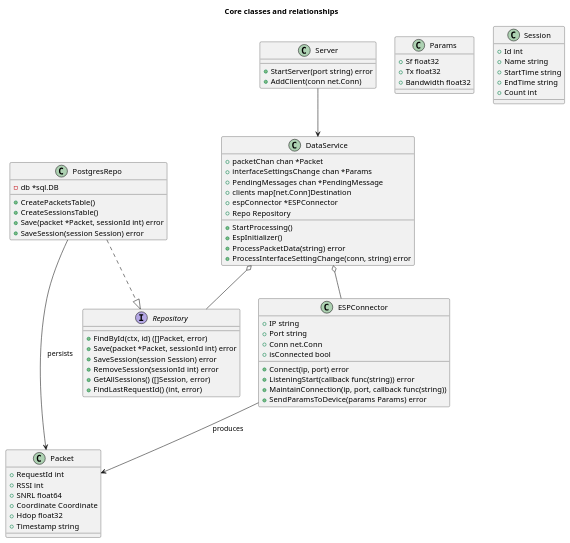
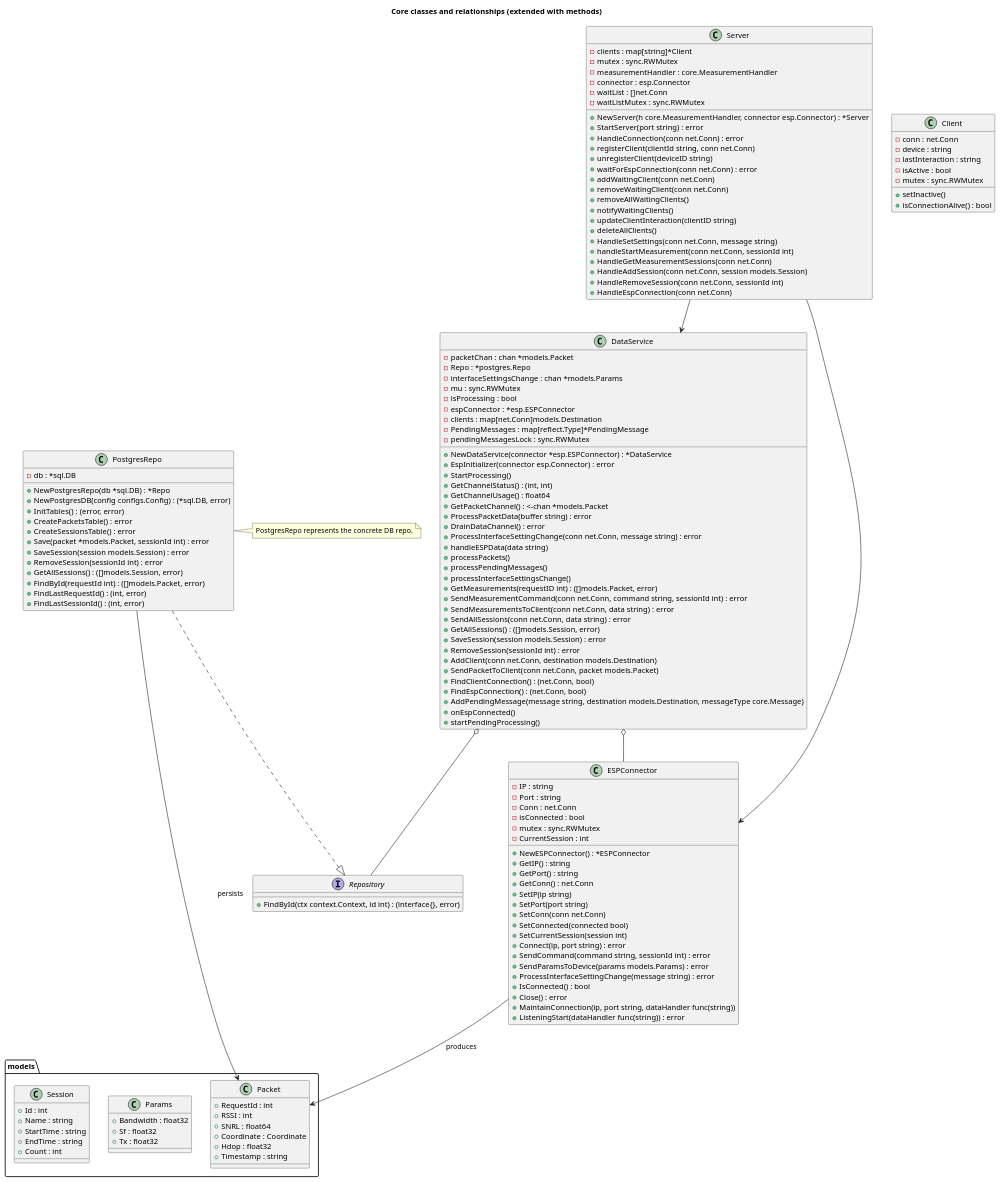
One commit to RedBlackHoodie/GsmLoraServer changed the diagram in doc/class.puml. Above: the diagram before and after it, drawn with PlantUML. The commit also changed 5 other files, not shown here.

```diff
--- a/doc/class.puml
+++ b/doc/class.puml
@@ -1,79 +1,168 @@
 @startuml
-title Core classes and relationships
+title Core classes and relationships (extended with methods)
+
+package models {
+  class Packet {
+    + RequestId : int
+    + RSSI : int
+    + SNRL : float64
+    + Coordinate : Coordinate
+    + Hdop : float32
+    + Timestamp : string
+  }
+
+  class Params {
+    + Bandwidth : float32
+    + Sf : float32
+    + Tx : float32
+  }
+
+  class Session {
+    + Id : int
+    + Name : string
+    + StartTime : string
+    + EndTime : string
+    + Count : int
+  }
+}
 
 class DataService {
-  + packetChan chan *Packet
-  + interfaceSettingsChange chan *Params
-  + PendingMessages chan *PendingMessage
-  + clients map[net.Conn]Destination
-  + espConnector *ESPConnector
-  + Repo Repository
+  - packetChan : chan *models.Packet
+  - Repo : *postgres.Repo
+  - interfaceSettingsChange : chan *models.Params
+  - mu : sync.RWMutex
+  - isProcessing : bool
+  - espConnector : *esp.ESPConnector
+  - clients : map[net.Conn]models.Destination
+  - PendingMessages : map[reflect.Type]*PendingMessage
+  - pendingMessagesLock : sync.RWMutex
+
+  + NewDataService(connector *esp.ESPConnector) : *DataService
+  + EspInitializer(connector esp.Connector) : error
   + StartProcessing()
-  + EspInitializer()
-  + ProcessPacketData(string) error
-  + ProcessInterfaceSettingChange(conn, string) error
+  + GetChannelStatus() : (int, int)
+  + GetChannelUsage() : float64
+  + GetPacketChannel() : <-chan *models.Packet
+  + ProcessPacketData(buffer string) : error
+  + DrainDataChannel() : error
+  + ProcessInterfaceSettingChange(conn net.Conn, message string) : error
+  + handleESPData(data string)
+  + processPackets()
+  + processPendingMessages()
+  + processInterfaceSettingsChange()
+  + GetMeasurements(requestID int) : ([]models.Packet, error)
+  + SendMeasurementCommand(conn net.Conn, command string, sessionId int) : error
+  + SendMeasurementsToClient(conn net.Conn, data string) : error
+  + SendAllSessions(conn net.Conn, data string) : error
+  + GetAllSessions() : ([]models.Session, error)
+  + SaveSession(session models.Session) : error
+  + RemoveSession(sessionId int) : error
+  + AddClient(conn net.Conn, destination models.Destination)
+  + SendPacketToClient(conn net.Conn, packet models.Packet)
+  + FindClientConnection() : (net.Conn, bool)
+  + FindEspConnection() : (net.Conn, bool)
+  + AddPendingMessage(message string, destination models.Destination, messageType core.Message)
+  + onEspConnected()
+  + startPendingProcessing()
 }
 
 class ESPConnector {
-  + IP string
-  + Port string
-  + Conn net.Conn
-  + isConnected bool
-  + Connect(ip, port) error
-  + ListeningStart(callback func(string)) error
-  + MaintainConnection(ip, port, callback func(string))
-  + SendParamsToDevice(params Params) error
+  - IP : string
+  - Port : string
+  - Conn : net.Conn
+  - isConnected : bool
+  - mutex : sync.RWMutex
+  - CurrentSession : int
+
+  + NewESPConnector() : *ESPConnector
+  + GetIP() : string
+  + GetPort() : string
+  + GetConn() : net.Conn
+  + SetIP(ip string)
+  + SetPort(port string)
+  + SetConn(conn net.Conn)
+  + SetConnected(connected bool)
+  + SetCurrentSession(session int)
+  + Connect(ip, port string) : error
+  + SendCommand(command string, sessionId int) : error
+  + SendParamsToDevice(params models.Params) : error
+  + ProcessInterfaceSettingChange(message string) : error
+  + IsConnected() : bool
+  + Close() : error
+  + MaintainConnection(ip, port string, dataHandler func(string))
+  + ListeningStart(dataHandler func(string)) : error
 }
 
 interface Repository {
-  + FindById(ctx, id) ([]Packet, error)
-  + Save(packet *Packet, sessionId int) error
-  + SaveSession(session Session) error
-  + RemoveSession(sessionId int) error
-  + GetAllSessions() ([]Session, error)
-  + FindLastRequestId() (int, error)
+  + FindById(ctx context.Context, id int) : (interface{}, error)
 }
 
 class PostgresRepo {
-  - db *sql.DB
-  + CreatePacketsTable()
-  + CreateSessionsTable()
-  + Save(packet *Packet, sessionId int) error
-  + SaveSession(session Session) error
+  - db : *sql.DB
+
+  + NewPostgresRepo(db *sql.DB) : *Repo
+  + NewPostgresDB(config configs.Config) : (*sql.DB, error)
+  + InitTables() : (error, error)
+  + CreatePacketsTable() : error
+  + CreateSessionsTable() : error
+  + Save(packet *models.Packet, sessionId int) : error
+  + SaveSession(session models.Session) : error
+  + RemoveSession(sessionId int) : error
+  + GetAllSessions() : ([]models.Session, error)
+  + FindById(requestId int) : ([]models.Packet, error)
+  + FindLastRequestId() : (int, error)
+  + FindLastSessionId() : (int, error)
 }
 
-class Packet {
-  + RequestId int
-  + RSSI int
-  + SNRL float64
-  + Coordinate Coordinate
-  + Hdop float32
-  + Timestamp string
+note right of PostgresRepo
+  PostgresRepo represents the concrete DB repo.
+end note
+
+class Server {
+  - clients : map[string]*Client
+  - mutex : sync.RWMutex
+  - measurementHandler : core.MeasurementHandler
+  - connector : esp.Connector
+  - waitList : []net.Conn
+  - waitListMutex : sync.RWMutex
+
+  + NewServer(h core.MeasurementHandler, connector esp.Connector) : *Server
+  + StartServer(port string) : error
+  + HandleConnection(conn net.Conn) : error
+  + registerClient(clientId string, conn net.Conn)
+  + unregisterClient(deviceID string)
+  + waitForEspConnection(conn net.Conn) : error
+  + addWaitingClient(conn net.Conn)
+  + removeWaitingClient(conn net.Conn)
+  + removeAllWaitingClients()
+  + notifyWaitingClients()
+  + updateClientInteraction(clientID string)
+  + deleteAllClients()
+  + HandleSetSettings(conn net.Conn, message string)
+  + handleStartMeasurement(conn net.Conn, sessionId int)
+  + HandleGetMeasurementSessions(conn net.Conn)
+  + HandleAddSession(conn net.Conn, session models.Session)
+  + HandleRemoveSession(conn net.Conn, sessionId int)
+  + HandleEspConnection(conn net.Conn)
 }
 
-class Params {
-  + Sf float32
-  + Tx float32
-  + Bandwidth float32
+class Client {
+  - conn : net.Conn
+  - device : string
+  - lastInteraction : string
+  - isActive : bool
+  - mutex : sync.RWMutex
+
+  + setInactive()
+  + isConnectionAlive() : bool
 }
 
-class Session {
-  + Id int
-  + Name string
-  + StartTime string
-  + EndTime string
-  + Count int
-}
-
-class Server {
-  + StartServer(port string) error
-  + AddClient(conn net.Conn)
-}
-
+' Relationships
 DataService o-- ESPConnector
 DataService o-- Repository
 PostgresRepo ..|> Repository
 Server --> DataService
+Server --> ESPConnector
 ESPConnector --> Packet : produces
 PostgresRepo --> Packet : persists
 @enduml
```
